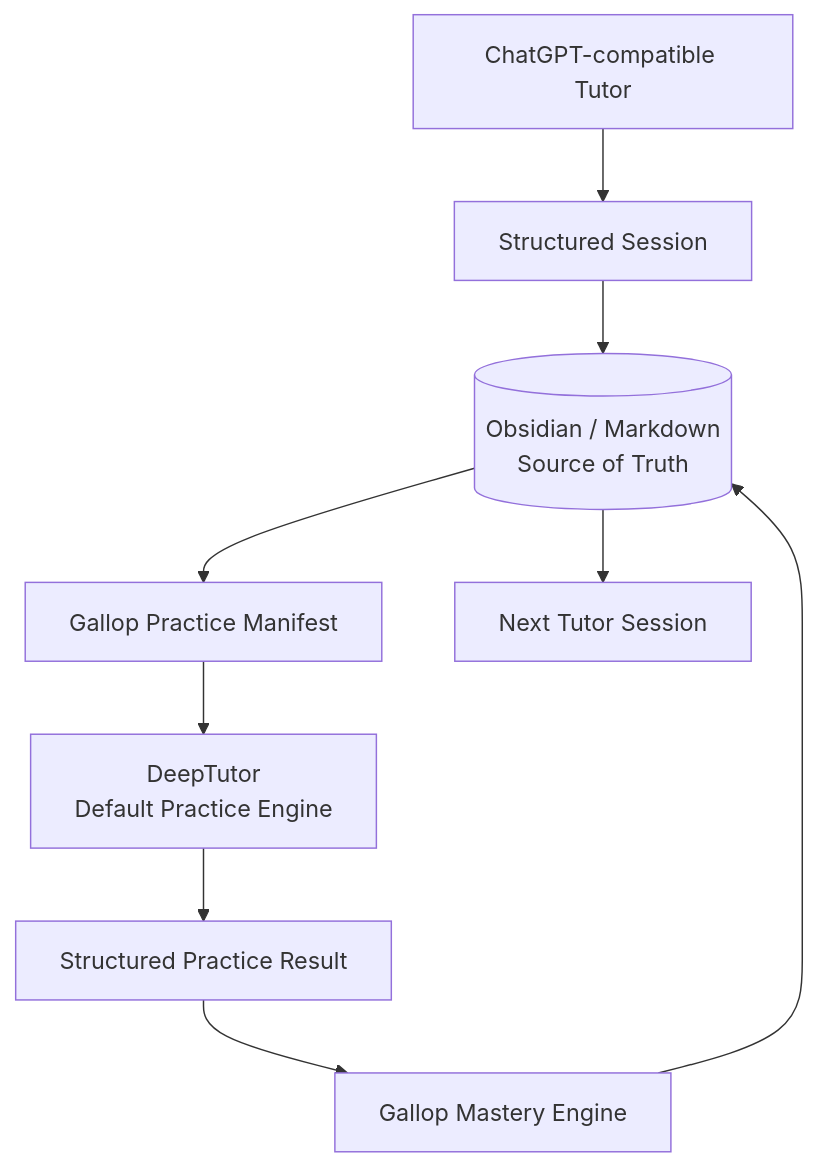
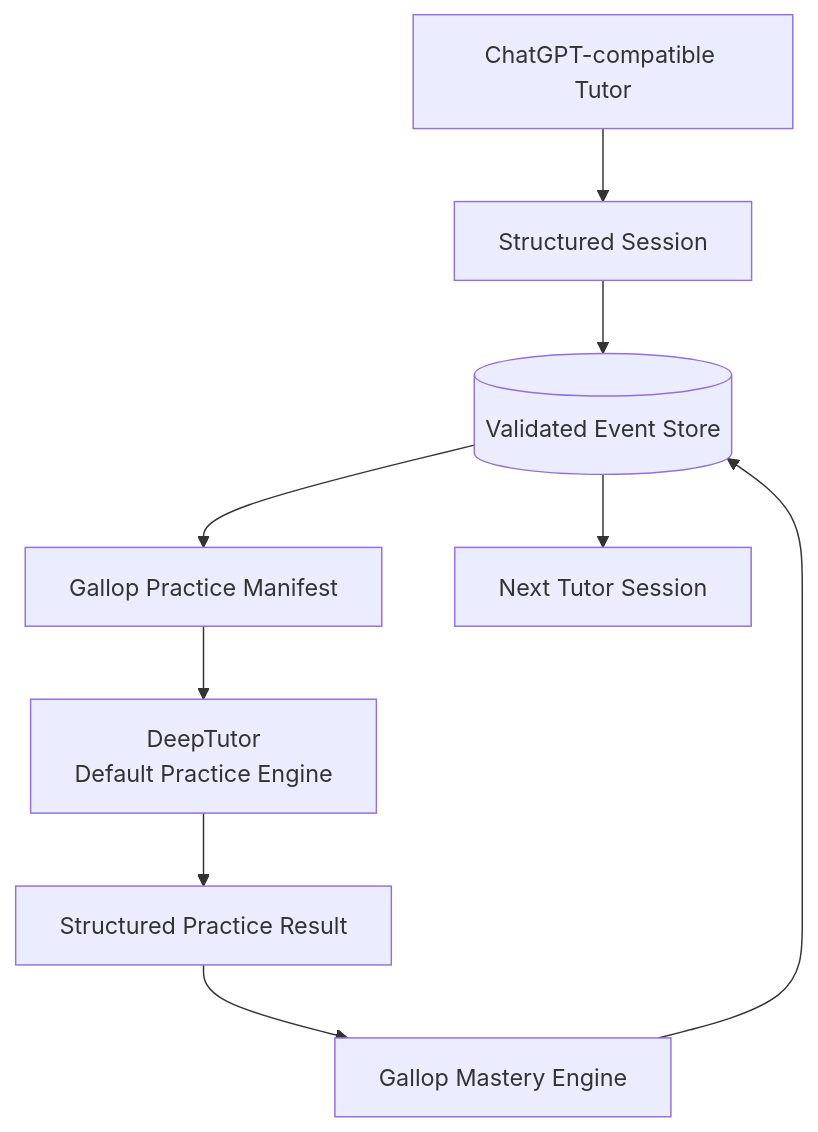
The diagram in README.md (lucaschang2021/gallop), drawn with Mermaid before and after one commit. The commit also changed other lines of this file and 35 other files, not shown here.

````diff
--- a/README.md
+++ b/README.md
@@ -33,11 +34,11 @@
 ```mermaid
 flowchart TD
     A[ChatGPT-compatible Tutor] --> B[Structured Session]
-    B --> C[(Obsidian / Markdown\nSource of Truth)]
+    B --> C[(Validated Event Store)]
     C --> D[Gallop Practice Manifest]
     D --> E[DeepTutor\nDefault Practice Engine]
     E --> F[Structured Practice Result]
     F --> G[Gallop Mastery Engine]
     G --> C
     C --> H[Next Tutor Session]
 ```
````
